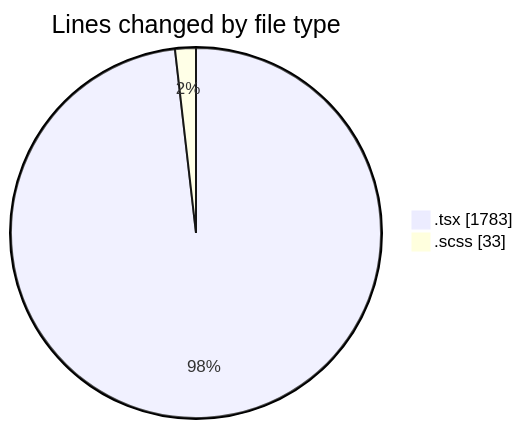
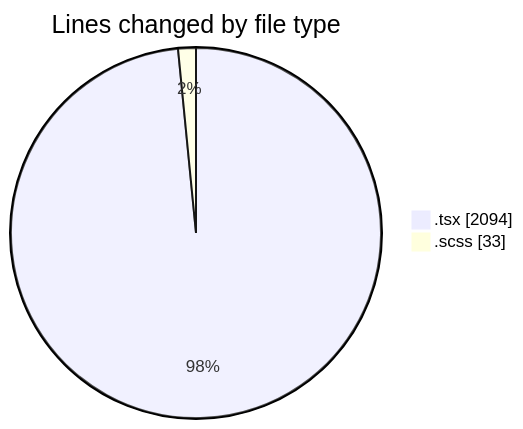
The first of 2 diagrams in 2026-10-20/cda/README.md (momahboobian/code-tracking), drawn with Mermaid before and after one commit. The commit also changed other lines of this file and 1 other file, not shown here.

````diff
--- a/2026-10-20/cda/README.md
+++ b/2026-10-20/cda/README.md
@@ -25,6 +26,6 @@
 ```mermaid
 pie showData
 title Lines changed by file type
-".tsx" : 1783
+".tsx" : 2094
 ".scss" : 33
 ```
````
